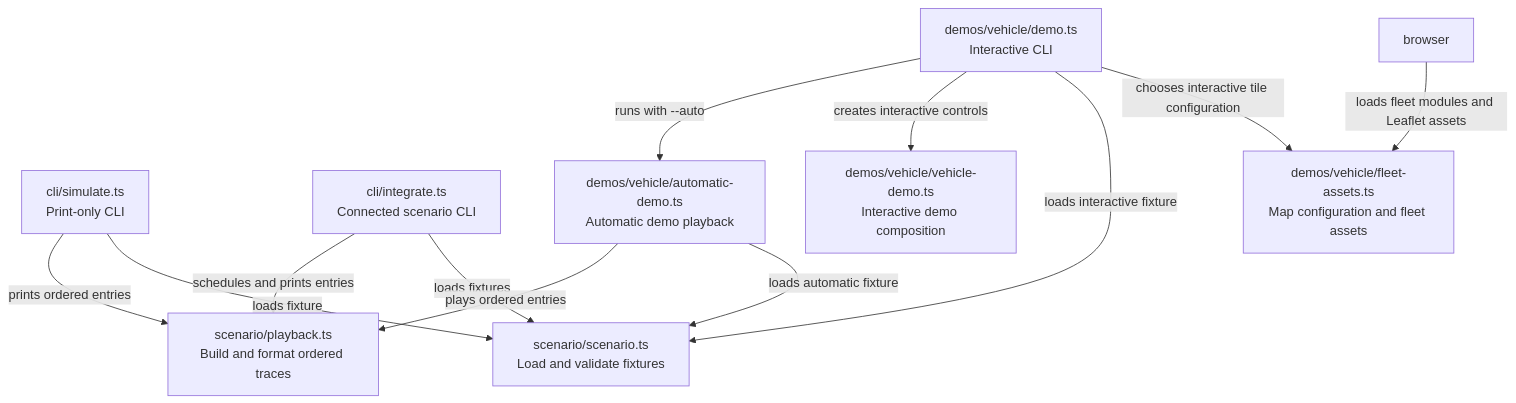
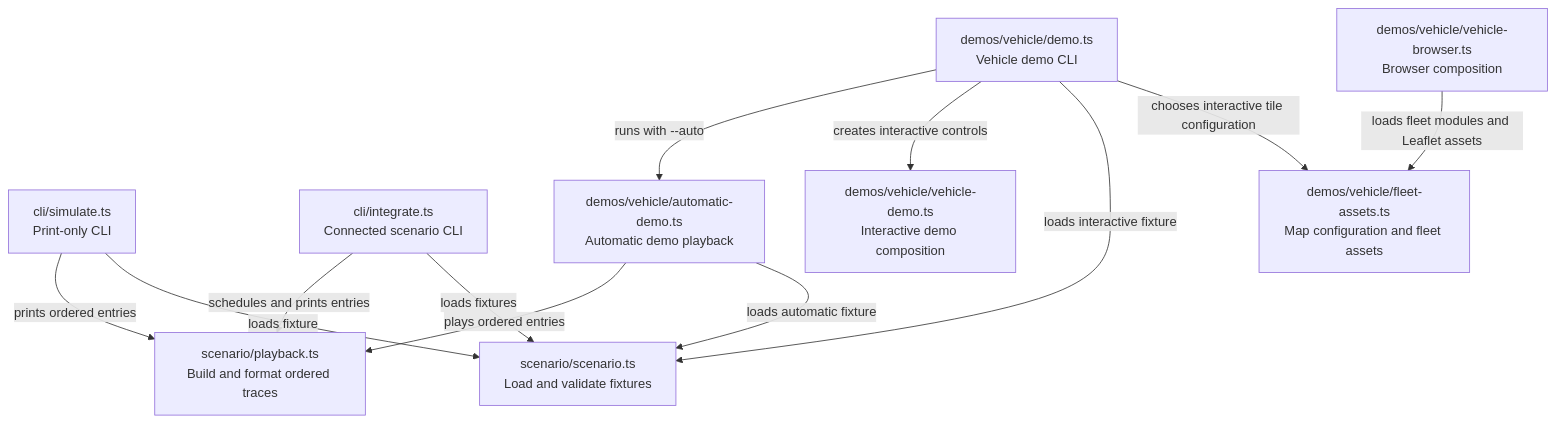
The first of 57 diagrams in workbench/docs/source-map.md (sproates/zooglass), drawn with Mermaid before and after one commit. The commit also changed other lines of this file and 26 other files, not shown here.

````diff
--- a/workbench/docs/source-map.md
+++ b/workbench/docs/source-map.md
@@ -69,23 +69,23 @@
 ```mermaid
 flowchart TB
   index["cli/simulate.ts<br/>Print-only CLI"]
   integration["cli/integrate.ts<br/>Connected scenario CLI"]
   demo["demos/vehicle/demo.ts<br/>Vehicle demo CLI"]
   scenario["scenario/scenario.ts<br/>Load and validate fixtures"]
   playback["scenario/playback.ts<br/>Build and format ordered traces"]
   vehicle["demos/vehicle/vehicle-demo.ts<br/>Interactive demo composition"]
-  demo["demos/vehicle/demo.ts<br/>Interactive CLI"]
+  browser["demos/vehicle/vehicle-browser.ts<br/>Browser composition"]
   fleetAssets["demos/vehicle/fleet-assets.ts<br/>Map configuration and fleet assets"]
   demo -->|chooses interactive tile configuration| fleetAssets
   browser -->|loads fleet modules and Leaflet assets| fleetAssets
   automatic["demos/vehicle/automatic-demo.ts<br/>Automatic demo playback"]
   index -->|loads fixture| scenario
   index -->|prints ordered entries| playback
   integration -->|loads fixtures| scenario
   integration -->|schedules and prints entries| playback
   demo -->|loads interactive fixture| scenario
   demo -->|creates interactive controls| vehicle
   demo -->|runs with --auto| automatic
   automatic -->|loads automatic fixture| scenario
   automatic -->|plays ordered entries| playback
 ```
````
